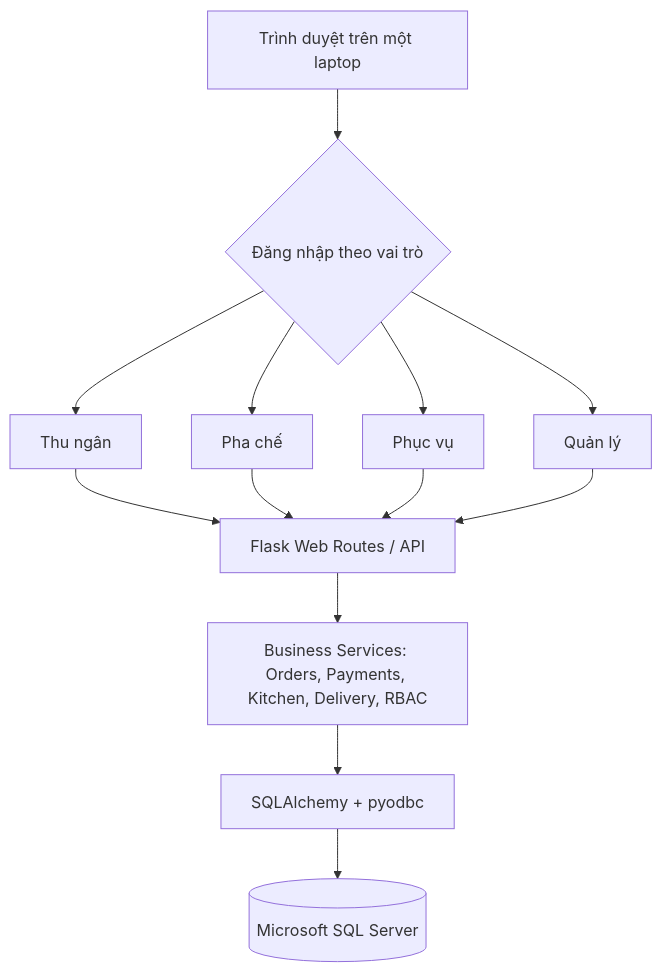
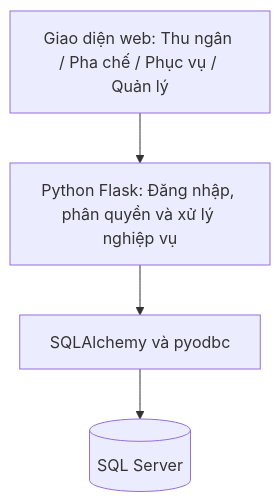
Before and after one commit to quoctrung05072004-hub/NHAPMON_CNPM_NHOM-11_LAPH-COFFEE: the diagram in docs/ARCHITECTURE.md, drawn with Mermaid. The commit also changed other lines of this file and 6 other files, not shown here.

````diff
--- a/docs/ARCHITECTURE.md
+++ b/docs/ARCHITECTURE.md
@@ -7,15 +19,10 @@
 ```mermaid
 flowchart TD
-  U[Trình duyệt trên một laptop] --> V{Đăng nhập theo vai trò}
-  V --> A[Thu ngân]
-  V --> B[Pha chế]
-  V --> C[Phục vụ]
-  V --> D[Quản lý]
-  A --> W[Flask Web Routes / API]
-  B --> W
-  C --> W
-  D --> W
-  W --> S[Business Services: Orders, Payments, Kitchen, Delivery, RBAC]
-  S --> R[SQLAlchemy + pyodbc]
-  R --> DB[(Microsoft SQL Server)]
+    A["Giao diện web: Thu ngân / Pha chế / Phục vụ / Quản lý"]
+    B["Python Flask: Đăng nhập, phân quyền và xử lý nghiệp vụ"]
+    C["SQLAlchemy và pyodbc"]
+    D[("SQL Server")]
+    A --> B
+    B --> C
+    C --> D
 ```
````
